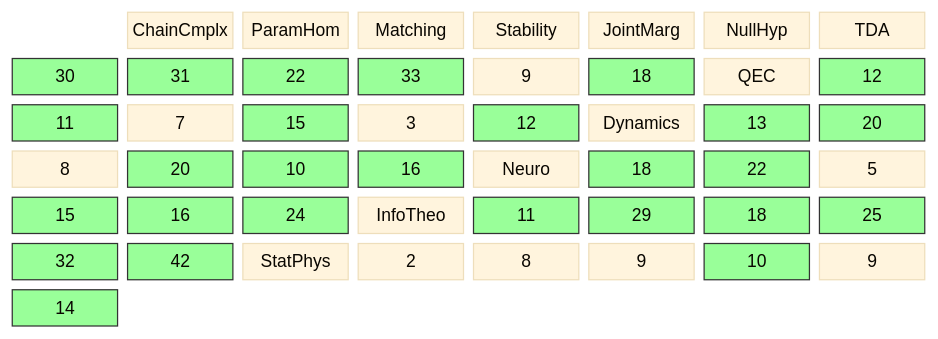
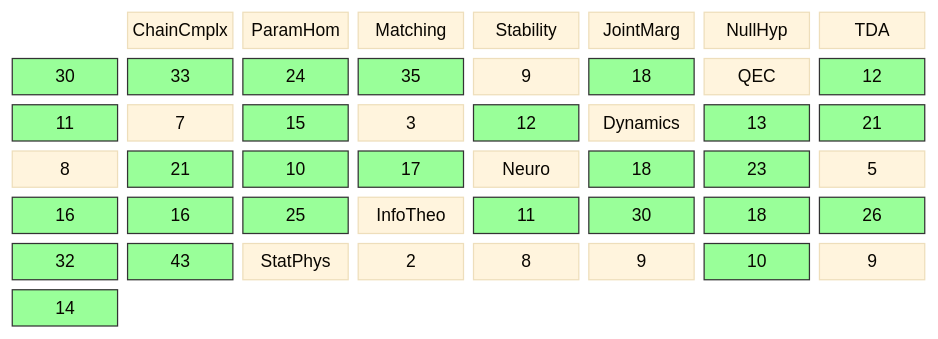
One commit to musicofhel/topoyolo changed the diagram in diagrams/coverage-matrix.md. Above: the diagram before and after it, drawn with Mermaid. The commit also changed other lines of this file and 13 other files, not shown here.

````diff
--- a/diagrams/coverage-matrix.md
+++ b/diagrams/coverage-matrix.md
@@ -22,41 +22,41 @@
 ```mermaid
 %%{init: {'theme': 'base', 'themeVariables': {'fontSize': '14px'}}}%%
 block-beta
   columns 8
 
   space:1 CC["ChainCmplx"] PH["ParamHom"] MA["Matching"] ST["Stability"] JM["JointMarg"] NH["NullHyp"]
 
-  TDA["TDA"] TDA_CC["30"] TDA_PH["31"] TDA_MA["22"] TDA_ST["33"] TDA_JM["9"] TDA_NH["18"]
+  TDA["TDA"] TDA_CC["30"] TDA_PH["33"] TDA_MA["24"] TDA_ST["35"] TDA_JM["9"] TDA_NH["18"]
   QEC["QEC"] QEC_CC["12"] QEC_PH["11"] QEC_MA["7"] QEC_ST["15"] QEC_JM["3"] QEC_NH["12"]
-  DYN["Dynamics"] DYN_CC["13"] DYN_PH["20"] DYN_MA["8"] DYN_ST["20"] DYN_JM["10"] DYN_NH["16"]
-  NEU["Neuro"] NEU_CC["18"] NEU_PH["22"] NEU_MA["5"] NEU_ST["15"] NEU_JM["16"] NEU_NH["24"]
-  IT["InfoTheo"] IT_CC["11"] IT_PH["29"] IT_MA["18"] IT_ST["25"] IT_JM["32"] IT_NH["42"]
+  DYN["Dynamics"] DYN_CC["13"] DYN_PH["21"] DYN_MA["8"] DYN_ST["21"] DYN_JM["10"] DYN_NH["17"]
+  NEU["Neuro"] NEU_CC["18"] NEU_PH["23"] NEU_MA["5"] NEU_ST["16"] NEU_JM["16"] NEU_NH["25"]
+  IT["InfoTheo"] IT_CC["11"] IT_PH["30"] IT_MA["18"] IT_ST["26"] IT_JM["32"] IT_NH["43"]
   SP["StatPhys"] SP_CC["2"] SP_PH["8"] SP_MA["9"] SP_ST["10"] SP_JM["9"] SP_NH["14"]
   style TDA_CC fill:#9f9,stroke:#333
   style TDA_PH fill:#9f9,stroke:#333
   style TDA_MA fill:#9f9,stroke:#333
   style TDA_ST fill:#9f9,stroke:#333
   style TDA_NH fill:#9f9,stroke:#333
   style QEC_CC fill:#9f9,stroke:#333
   style QEC_PH fill:#9f9,stroke:#333
   style QEC_ST fill:#9f9,stroke:#333
   style QEC_NH fill:#9f9,stroke:#333
   style DYN_CC fill:#9f9,stroke:#333
   style DYN_PH fill:#9f9,stroke:#333
   style DYN_ST fill:#9f9,stroke:#333
   style DYN_JM fill:#9f9,stroke:#333
   style DYN_NH fill:#9f9,stroke:#333
   style NEU_CC fill:#9f9,stroke:#333
   style NEU_PH fill:#9f9,stroke:#333
   style NEU_ST fill:#9f9,stroke:#333
   style NEU_JM fill:#9f9,stroke:#333
   style NEU_NH fill:#9f9,stroke:#333
   style IT_CC fill:#9f9,stroke:#333
   style IT_PH fill:#9f9,stroke:#333
   style IT_MA fill:#9f9,stroke:#333
   style IT_ST fill:#9f9,stroke:#333
   style IT_JM fill:#9f9,stroke:#333
   style IT_NH fill:#9f9,stroke:#333
   style SP_ST fill:#9f9,stroke:#333
   style SP_NH fill:#9f9,stroke:#333
 ```
````
